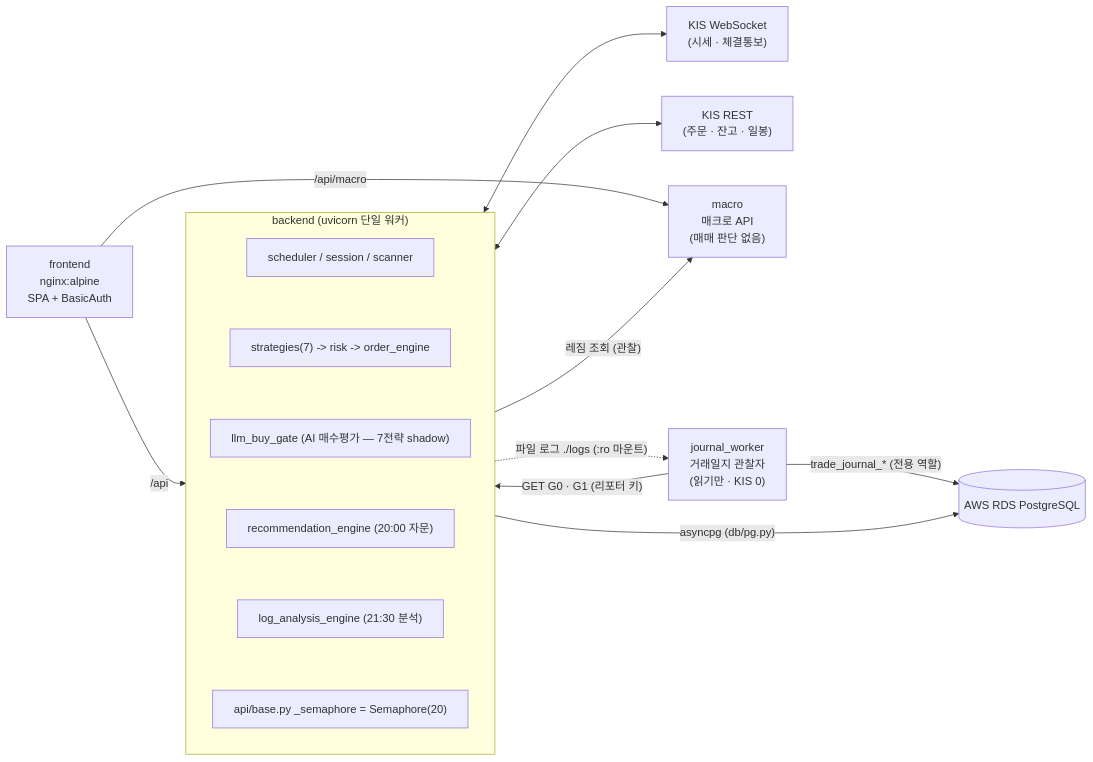
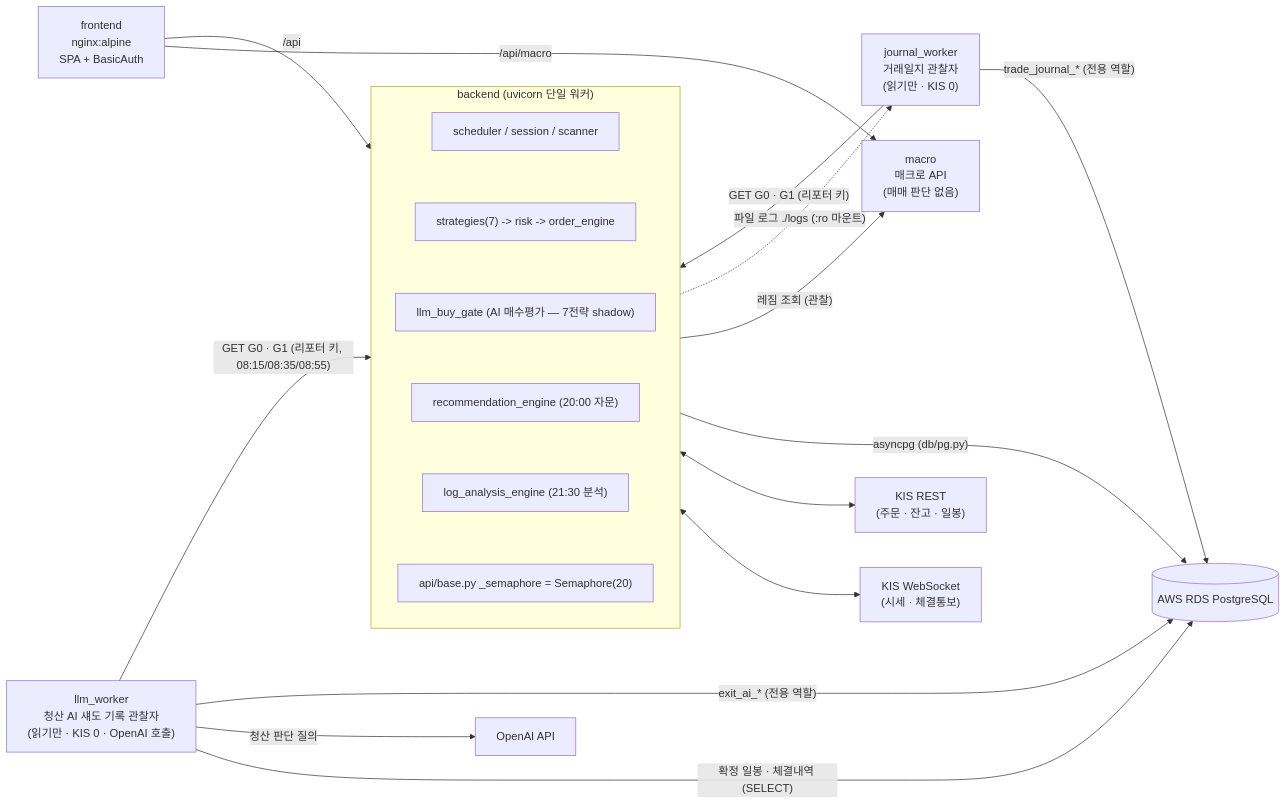
Before and after one commit to canduk910/auto_stock: diagram 20 of 28 in docs/architecture.md, drawn with Mermaid. The commit also changed other lines of this file and 24 other files, not shown here.

First line of the commit message:
feat(cycle446-C3): llm_worker 배포 축 + D-6 화면(잔고·거래일지 AI 판단) + 문서 동기화

````diff
--- a/docs/architecture.md
+++ b/docs/architecture.md
@@ -1418,33 +1421,39 @@
 ```mermaid
 %%{init: {"flowchart": {"wrappingWidth": 360}}}%%
 flowchart LR
     FE["frontend<br/>nginx:alpine<br/>SPA + BasicAuth"]
     subgraph BE["backend (uvicorn 단일 워커)"]
         direction TB
         B1["scheduler / session / scanner"]
         B2["strategies(7) -> risk -> order_engine"]
         B3["llm_buy_gate (AI 매수평가 — 7전략 shadow)"]
         B4["recommendation_engine (20:00 자문)"]
         B5["log_analysis_engine (21:30 분석)"]
         B6["api/base.py _semaphore = Semaphore(20)"]
         B1 ~~~ B2
         B2 ~~~ B3
         B3 ~~~ B4
         B4 ~~~ B5
         B5 ~~~ B6
     end
     WS["KIS WebSocket<br/>(시세 · 체결통보)"]
     REST["KIS REST<br/>(주문 · 잔고 · 일봉)"]
     DB[("AWS RDS PostgreSQL")]
     MAC["macro<br/>매크로 API<br/>(매매 판단 없음)"]
     JW["journal_worker<br/>거래일지 관찰자<br/>(읽기만 · KIS 0)"]
+    LW["llm_worker<br/>청산 AI 섀도 기록 관찰자<br/>(읽기만 · KIS 0 · OpenAI 호출)"]
+    OAI["OpenAI API"]
     FE -->|"/api"| BE
     FE -->|"/api/macro"| MAC
     BE <--> WS
     BE <--> REST
     BE -->|"asyncpg (db/pg.py)"| DB
     BE -->|"레짐 조회 (관찰)"| MAC
     JW -->|"GET G0 · G1 (리포터 키)"| BE
     BE -.->|"파일 로그 ./logs (:ro 마운트)"| JW
     JW -->|"trade_journal_* (전용 역할)"| DB
+    LW -->|"GET G0 · G1 (리포터 키, 08:15/08:35/08:55)"| BE
+    LW -->|"확정 일봉 · 체결내역 (SELECT)"| DB
+    LW -->|"청산 판단 질의"| OAI
+    LW -->|"exit_ai_* (전용 역할)"| DB
 ```
````
